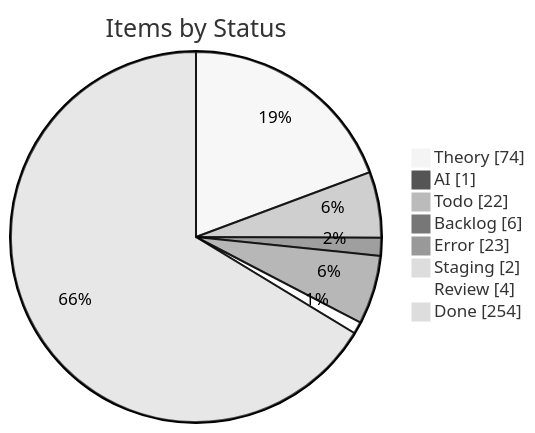
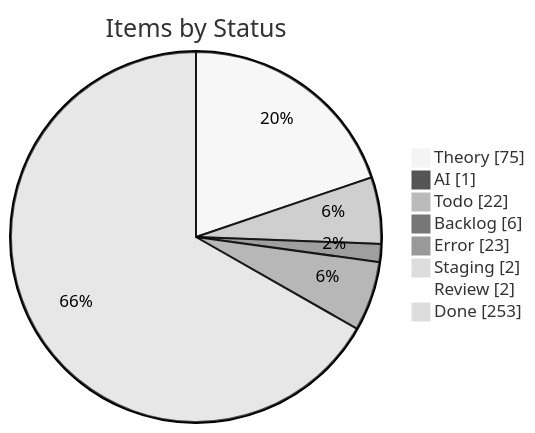
One commit to KBVE/kbve changed the first of 4 diagrams in apps/kbve/astro-kbve/src/content/docs/dashboard/kanban-data.mdx. Above: the diagram before and after it, drawn with Mermaid (neutral theme). The commit also changed other lines of this file and 2 other files, not shown here.

````diff
--- a/apps/kbve/astro-kbve/src/content/docs/dashboard/kanban-data.mdx
+++ b/apps/kbve/astro-kbve/src/content/docs/dashboard/kanban-data.mdx
@@ -189,12 +189,12 @@
 ```mermaid
 pie showData
     title Items by Status
-    "Theory" : 74
+    "Theory" : 75
     "AI" : 1
     "Todo" : 22
     "Backlog" : 6
     "Error" : 23
     "Staging" : 2
-    "Review" : 4
-    "Done" : 254
+    "Review" : 2
+    "Done" : 253
 ```
````
